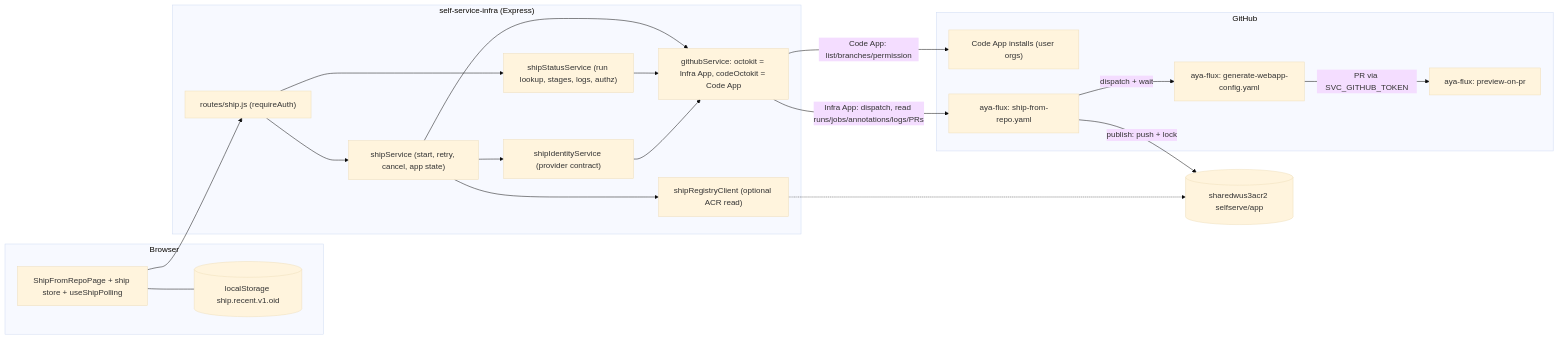
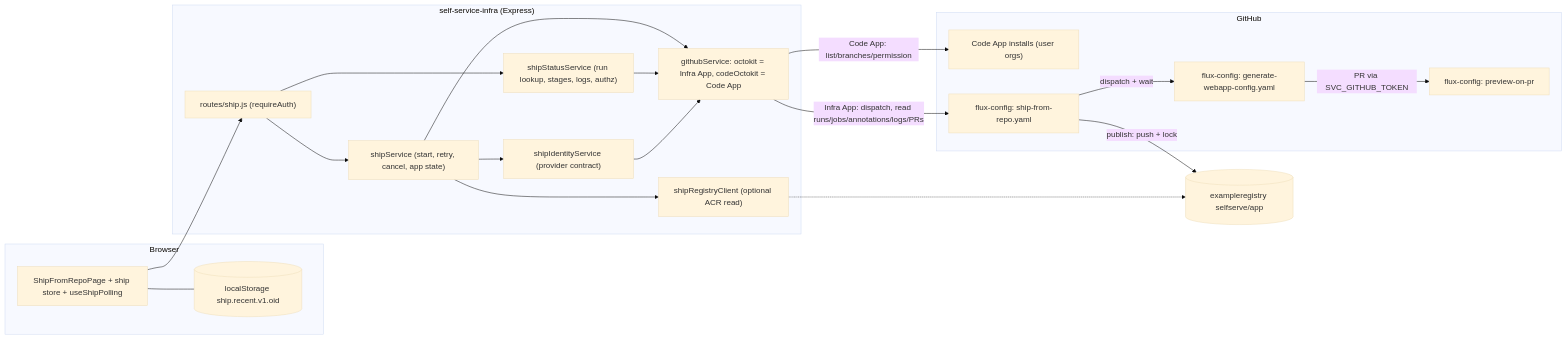
The first of 2 diagrams in docs/architecture/ship-from-repo-spec.md (sushilti80/infra-devex), drawn with Mermaid (base theme) before and after one commit. The commit also changed other lines of this file and 225 other files, not shown here.

````diff
--- a/docs/architecture/ship-from-repo-spec.md
+++ b/docs/architecture/ship-from-repo-spec.md
@@ -140,37 +140,37 @@
 ```mermaid
 flowchart LR
   subgraph Browser
     PG["ShipFromRepoPage + ship store + useShipPolling"]
     LS[("localStorage ship.recent.v1.oid")]
   end
   subgraph Backend["self-service-infra (Express)"]
     RT["routes/ship.js (requireAuth)"]
     SV["shipService (start, retry, cancel, app state)"]
     SS["shipStatusService (run lookup, stages, logs, authz)"]
     ID["shipIdentityService (provider contract)"]
     RG["shipRegistryClient (optional ACR read)"]
     GH["githubService: octokit = Infra App, codeOctokit = Code App"]
   end
   subgraph GitHub
     CAPP["Code App installs (user orgs)"]
-    WF["aya-flux: ship-from-repo.yaml"]
-    GWC["aya-flux: generate-webapp-config.yaml"]
-    PRV["aya-flux: preview-on-pr"]
+    WF["flux-config: ship-from-repo.yaml"]
+    GWC["flux-config: generate-webapp-config.yaml"]
+    PRV["flux-config: preview-on-pr"]
   end
-  ACR[("sharedwus3acr2 selfserve/app")]
+  ACR[("exampleregistry selfserve/app")]
   PG --> RT
   PG --- LS
   RT --> SV
   RT --> SS
   SV --> ID
   SV --> RG
   SV --> GH
   SS --> GH
   ID --> GH
   GH -- "Code App: list/branches/permission" --> CAPP
   GH -- "Infra App: dispatch, read runs/jobs/annotations/logs/PRs" --> WF
   WF -- "publish: push + lock" --> ACR
   WF -- "dispatch + wait" --> GWC
   GWC -- "PR via SVC_GITHUB_TOKEN" --> PRV
   RG -.-> ACR
 ```
````
